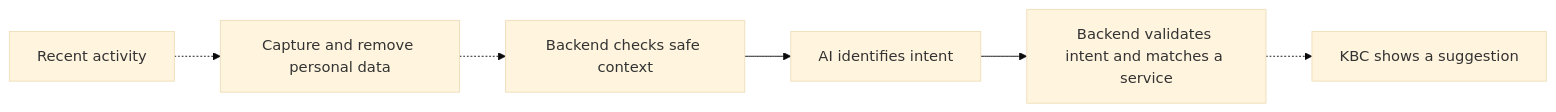
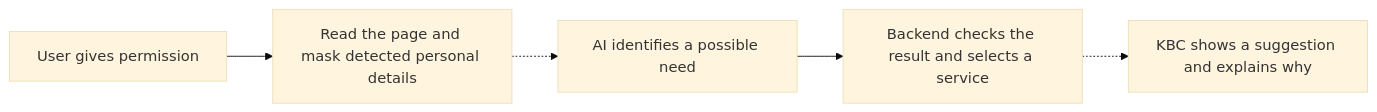
The diagram in README.md (fabiodinota/hackathon-repo), drawn with Mermaid (base theme) before and after one commit. The commit also changed other lines of this file, not shown here.

Commit message:
docs: present KBC Assist for hackathon judges

````diff
--- a/README.md
+++ b/README.md
@@ -17,8 +25,7 @@
 ```mermaid
 flowchart LR
-    activity[Recent activity] -.-> privacy[Capture and remove personal data]
-    privacy -.-> context[Backend checks safe context]
-    context --> ai[AI identifies intent]
-    ai --> matcher[Backend validates intent and matches a service]
-    matcher -.-> app[KBC shows a suggestion]
+    consent["User gives permission"] --> privacy["Read the page and mask detected personal details"]
+    privacy -.-> intent["AI identifies a possible need"]
+    intent --> match["Backend checks the result and selects a service"]
+    match -.-> suggestion["KBC shows a suggestion and explains why"]
 ```
````
